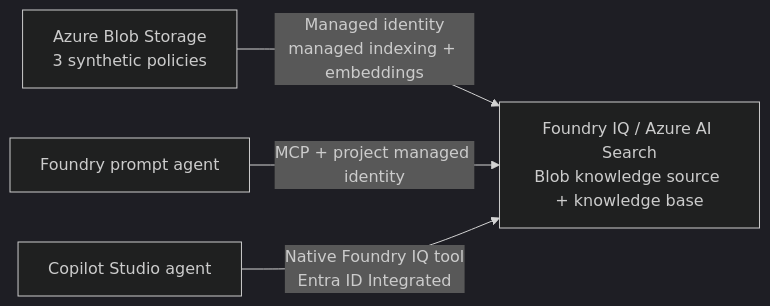
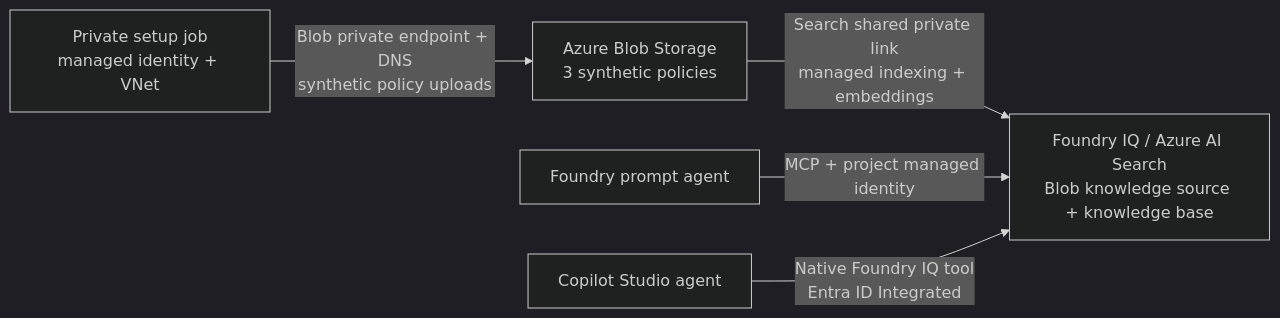
The diagram in src/foundryiq/README.md (briandenicola/ai-application-architectures), drawn with Mermaid (dark theme) before and after one commit. The commit also changed other lines of this file and 19 other files, not shown here.

First line of the commit message:
fix(foundryiq): run Blob setup through private managed-identity job

````diff
--- a/src/foundryiq/README.md
+++ b/src/foundryiq/README.md
@@ -7,10 +7,12 @@
 ```mermaid
 flowchart LR
     Blob["Azure Blob Storage\n3 synthetic policies"]
     IQ["Foundry IQ / Azure AI Search\nBlob knowledge source + knowledge base"]
     Foundry["Foundry prompt agent"]
     Studio["Copilot Studio agent"]
-    Blob -->|"Managed identity\nmanaged indexing + embeddings"| IQ
+    Runner["Private setup job\nmanaged identity + VNet"]
+    Runner -->|"Blob private endpoint + DNS\nsynthetic policy uploads"| Blob
+    Blob -->|"Search shared private link\nmanaged indexing + embeddings"| IQ
     Foundry -->|"MCP + project managed identity"| IQ
     Studio -->|"Native Foundry IQ tool\nEntra ID Integrated"| IQ
 ```
````
